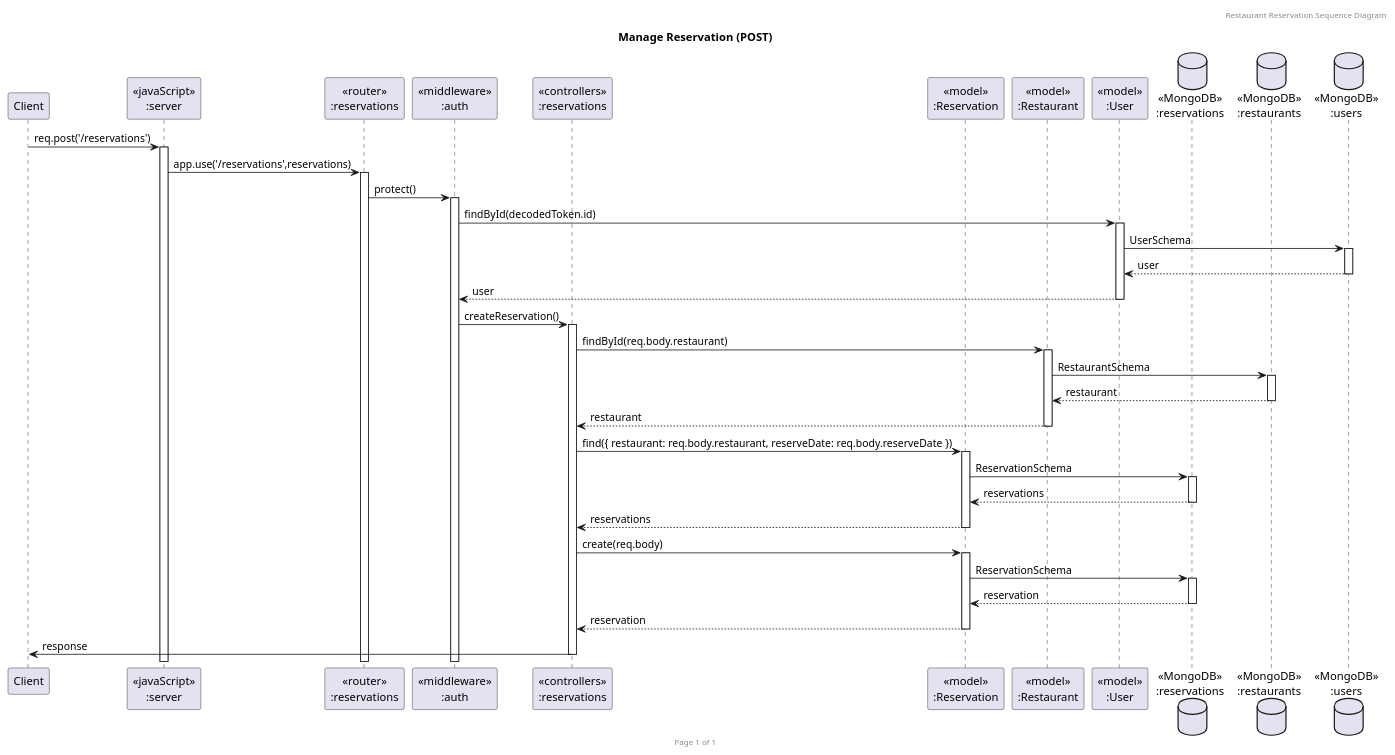
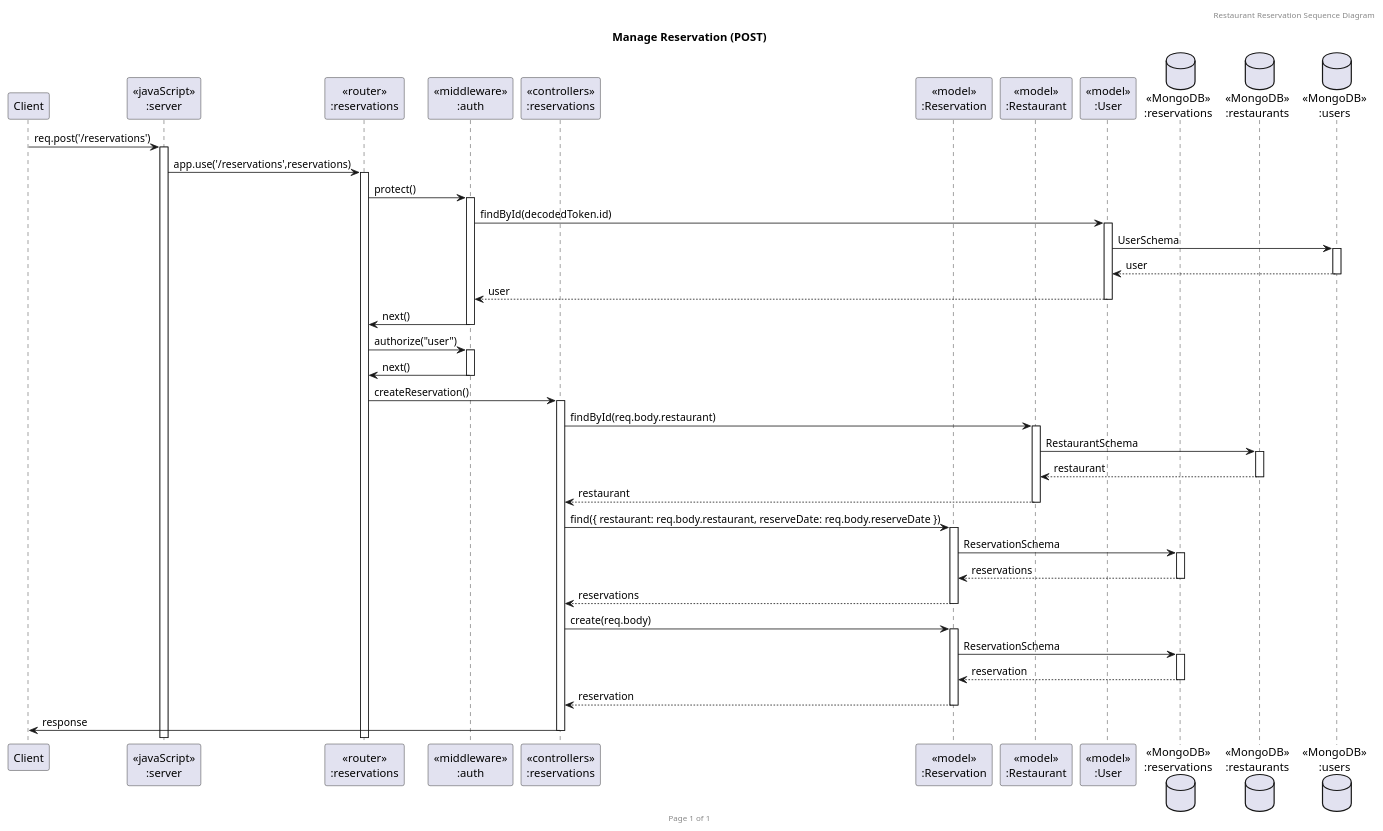
The diagram in doc/sequence-diagrams/reservation/create-reservation.puml (Prince-in-the-wood/sw-dev-term-project), drawn with PlantUML before and after one commit. The commit also changed 9 other files, not shown here.

Commit message:
docs: Add missing seq in diagram

```diff
--- a/doc/sequence-diagrams/reservation/create-reservation.puml
+++ b/doc/sequence-diagrams/reservation/create-reservation.puml
@@ -1,45 +1,48 @@
 @startuml Manage Reservation (POST)
 
 header Restaurant Reservation Sequence Diagram
 footer Page %page% of %lastpage%
 title "Manage Reservation (POST)"
 
 participant "Client" as client
 participant "<<javaScript>>\n:server" as server
 participant "<<router>>\n:reservations" as routerReservations
 participant "<<middleware>>\n:auth" as middlewareAuth
 participant "<<controllers>>\n:reservations" as controllersReservations
 participant "<<model>>\n:Reservation" as modelReservation
 participant "<<model>>\n:Restaurant" as modelRestaurant
 participant "<<model>>\n:User" as modelUser
 database "<<MongoDB>>\n:reservations" as ReservationsDatabase
 database "<<MongoDB>>\n:restaurants" as RestaurantsDatabase
 database "<<MongoDB>>\n:users" as UsersDatabase
 
 ' POST
 client->server ++:req.post('/reservations')
 server->routerReservations ++:app.use('/reservations',reservations)
 routerReservations -> middlewareAuth ++:protect()
 middlewareAuth -> modelUser ++:findById(decodedToken.id)
 modelUser -> UsersDatabase ++:UserSchema
 UsersDatabase --> modelUser --:user
 modelUser --> middlewareAuth --:user
-middlewareAuth -> controllersReservations ++:createReservation()
+middlewareAuth -> routerReservations --:next()
+routerReservations -> middlewareAuth ++:authorize("user")
+middlewareAuth -> routerReservations --:next()
+routerReservations -> controllersReservations ++:createReservation()
 
 controllersReservations -> modelRestaurant ++:findById(req.body.restaurant)
 modelRestaurant -> RestaurantsDatabase ++:RestaurantSchema 
 RestaurantsDatabase --> modelRestaurant --:restaurant
 controllersReservations <-- modelRestaurant --:restaurant
 
 controllersReservations -> modelReservation ++:find({ restaurant: req.body.restaurant, reserveDate: req.body.reserveDate })
 modelReservation -> ReservationsDatabase ++:ReservationSchema 
 ReservationsDatabase --> modelReservation --:reservations
 controllersReservations <-- modelReservation --:reservations
 
 controllersReservations -> modelReservation ++:create(req.body)
 modelReservation -> ReservationsDatabase ++:ReservationSchema 
 ReservationsDatabase --> modelReservation --:reservation
 controllersReservations <-- modelReservation --:reservation
 controllersReservations -> client --:response
 
 @enduml
```
